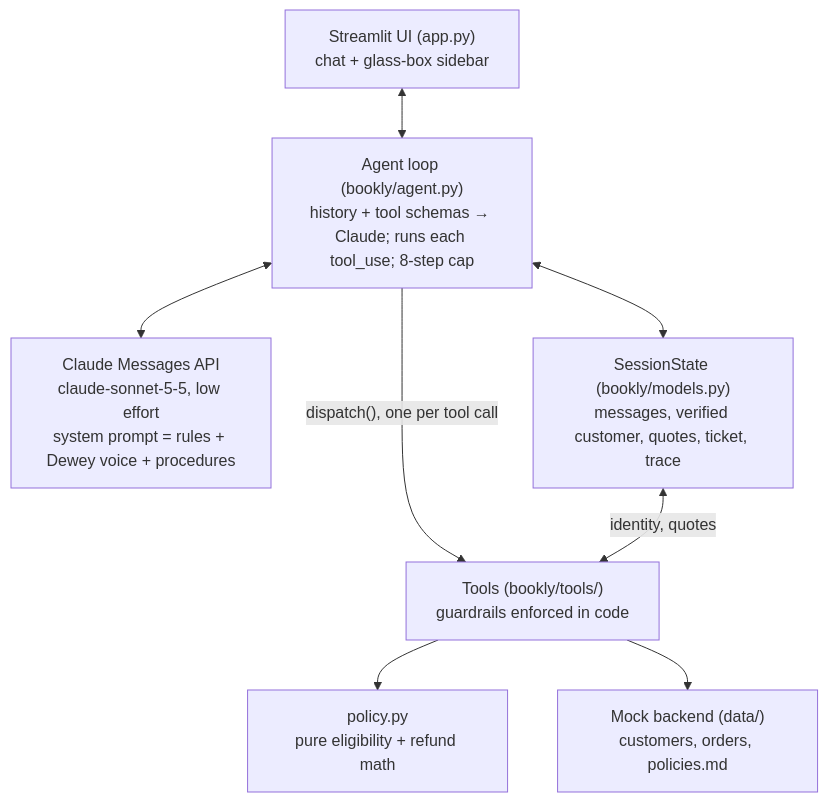
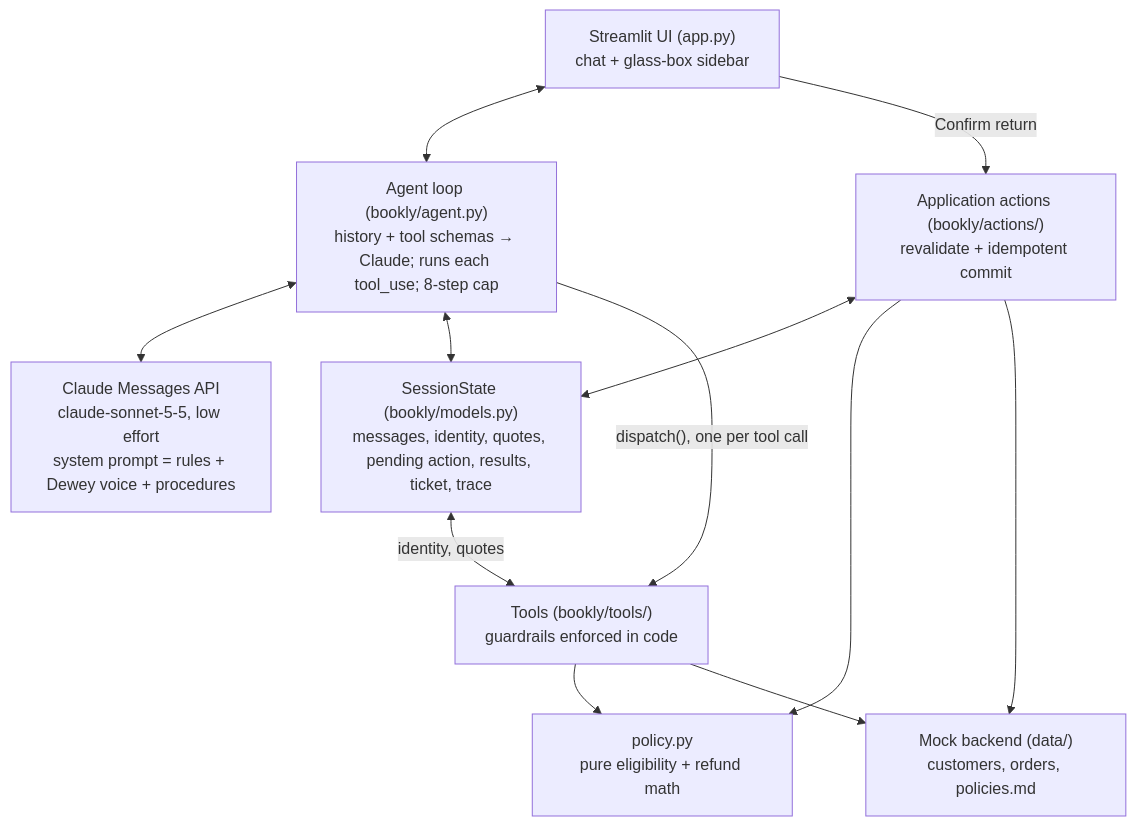
One commit to jilliangoldberg/bookly-claude-agent changed the diagram in README.md. Above: the diagram before and after it, drawn with Mermaid. The commit also changed other lines of this file and 16 other files, not shown here.

Commit message:
Unify return authorization behind application controls

````diff
--- a/README.md
+++ b/README.md
@@ -47,10 +47,14 @@
 ```mermaid
 flowchart TD
   UI["Streamlit UI (app.py)<br/>chat + glass-box sidebar"] <--> LOOP["Agent loop (bookly/agent.py)<br/>history + tool schemas → Claude; runs each tool_use; 8-step cap"]
   LOOP <--> LLM["Claude Messages API<br/>claude-sonnet-5-5, low effort<br/>system prompt = rules + Dewey voice + procedures"]
-  LOOP <--> STATE["SessionState (bookly/models.py)<br/>messages, verified customer, quotes, ticket, trace"]
+  LOOP <--> STATE["SessionState (bookly/models.py)<br/>messages, identity, quotes, pending action, results, ticket, trace"]
   LOOP -->|"dispatch(), one per tool call"| TOOLS["Tools (bookly/tools/)<br/>guardrails enforced in code"]
   STATE <-->|"identity, quotes"| TOOLS
+  UI -->|"Confirm return"| ACTIONS["Application actions (bookly/actions/)<br/>revalidate + idempotent commit"]
+  ACTIONS <--> STATE
+  ACTIONS --> POLICY
+  ACTIONS --> DATA
   TOOLS --> POLICY["policy.py<br/>pure eligibility + refund math"]
   TOOLS --> DATA["Mock backend (data/)<br/>customers, orders, policies.md"]
 ```
````
